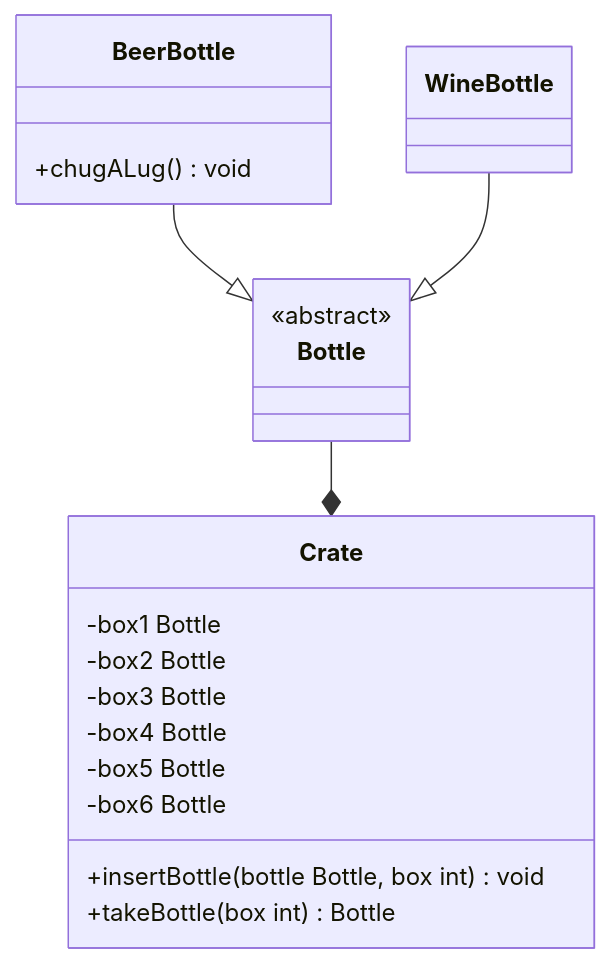
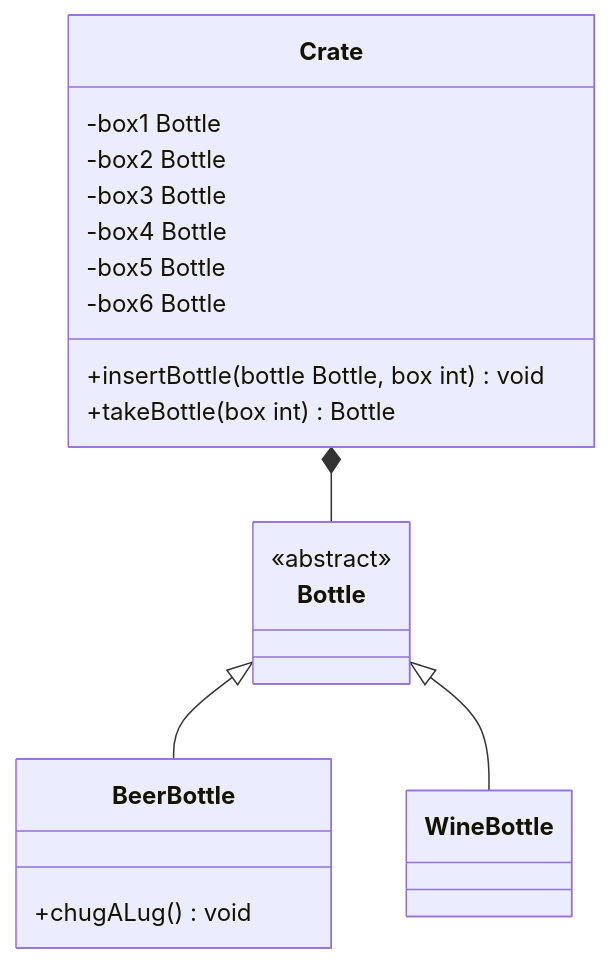
One commit to jappuccini/java-docs changed the diagram in docs/exercises/generics/generics01.md. Above: the diagram before and after it, drawn with Mermaid.

````diff
--- a/docs/exercises/generics/generics01.md
+++ b/docs/exercises/generics/generics01.md
@@ -14,29 +14,29 @@
 ```mermaid
 classDiagram
-    BeerBottle --|> Bottle
-    WineBottle --|> Bottle
-    Bottle --* Crate
+    Bottle <|-- BeerBottle
+    Bottle <|-- WineBottle
+    Crate *-- Bottle
 
     class Crate {
         -box1 Bottle
         -box2 Bottle
         -box3 Bottle
         -box4 Bottle
         -box5 Bottle
         -box6 Bottle
         +insertBottle(bottle Bottle, box int) void
         +takeBottle(box int) Bottle
     }
 
     class Bottle {
         <<abstract>>
     }
 
     class BeerBottle {
         +chugALug() void
     }
 
     class WineBottle {
 
     }
 ```
````
